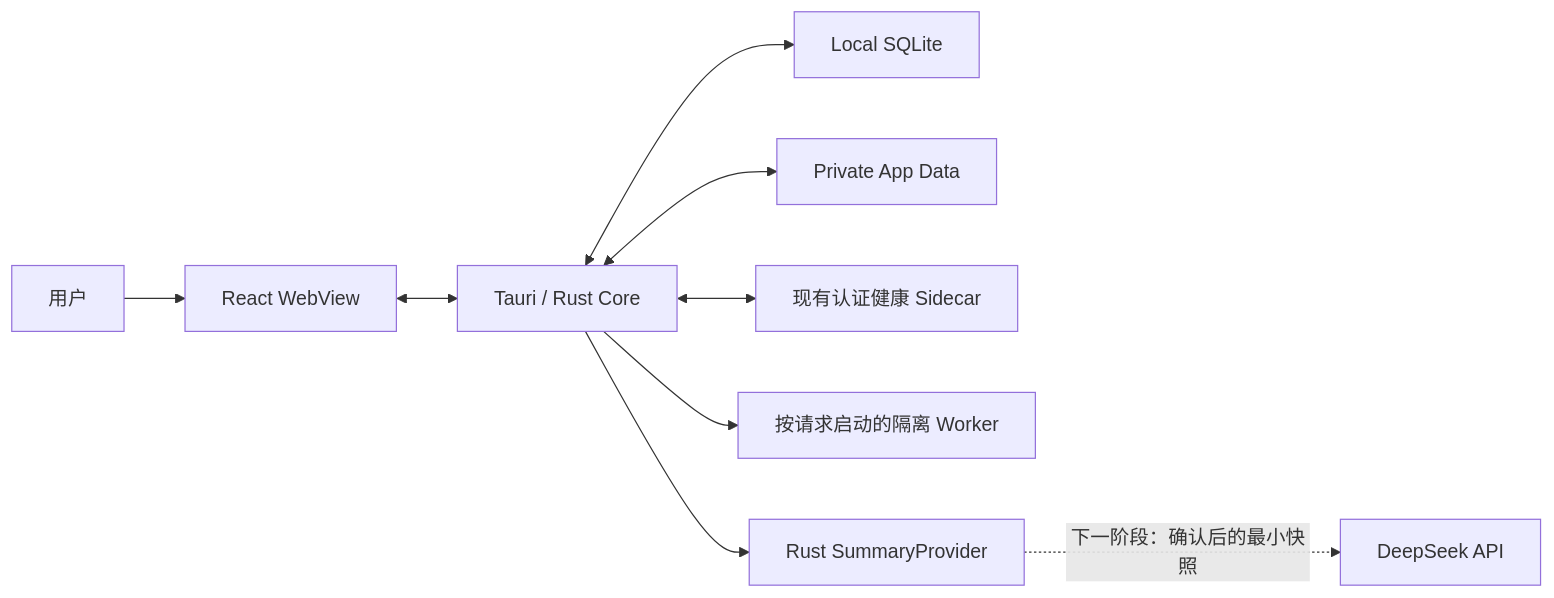
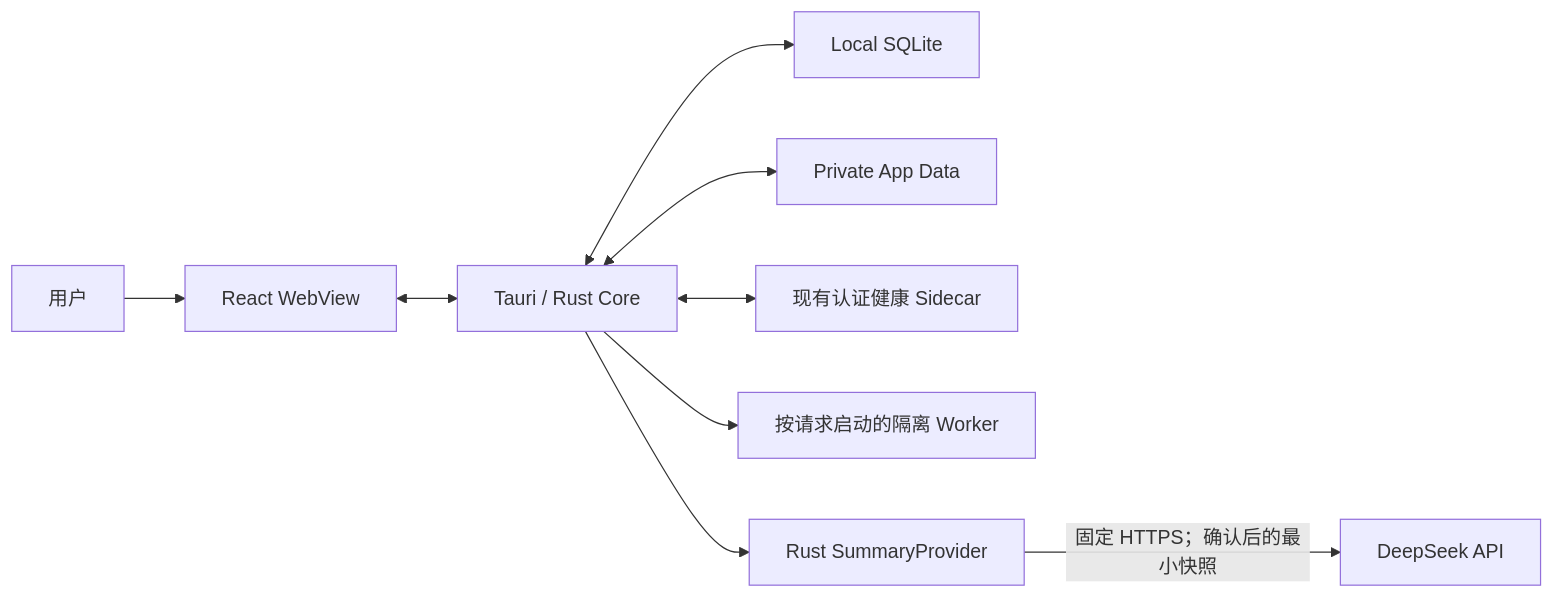
Before and after one commit to Gray-8a/MeetingLens: the first of 7 diagrams in ARCHITECTURE.md, drawn with Mermaid. The commit also changed other lines of this file and 52 other files, not shown here.

Commit message:
feat: add DeepSeek summary provider (#24)

````diff
--- a/ARCHITECTURE.md
+++ b/ARCHITECTURE.md
@@ -15,11 +15,11 @@
 ```mermaid
 flowchart LR
     U["用户"] --> UI["React WebView"]
     UI <--> CORE["Tauri / Rust Core"]
     CORE <--> DB["Local SQLite"]
     CORE <--> FS["Private App Data"]
     CORE <--> SIDE["现有认证健康 Sidecar"]
     CORE --> WORKERS["按请求启动的隔离 Worker"]
     CORE --> SUMMARY["Rust SummaryProvider"]
-    SUMMARY -. "下一阶段：确认后的最小快照" .-> DS["DeepSeek API"]
+    SUMMARY -->|"固定 HTTPS；确认后的最小快照"| DS["DeepSeek API"]
 ```
````
